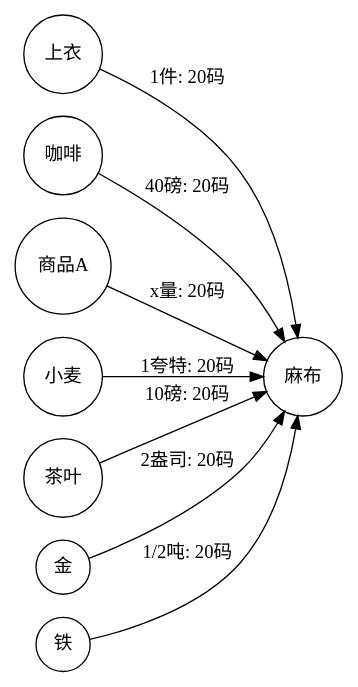
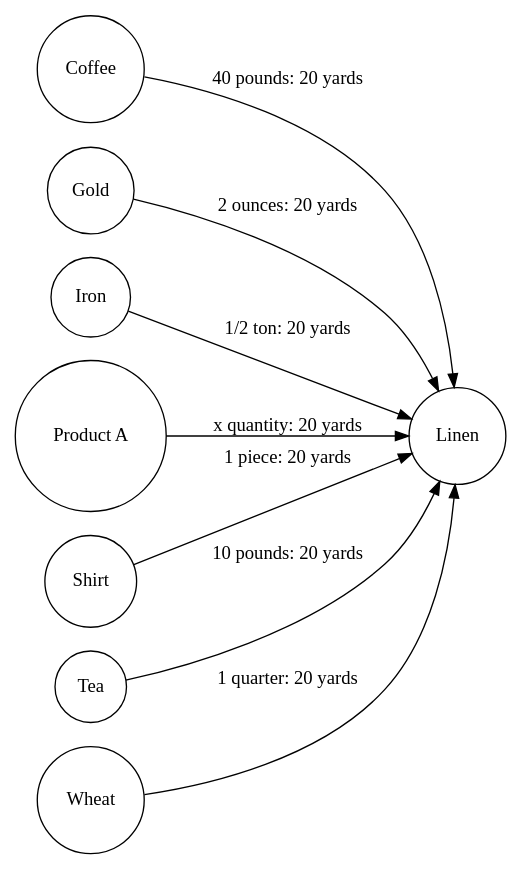
Before and after one commit to Wangsutan/Kapital: the diagram in 资本的生产过程/价值形式理论/价值形式/graphs_generated/general.dot, drawn with Graphviz. The commit also changed 82 other files, not shown here.

```diff
--- a/资本的生产过程/价值形式理论/价值形式/graphs_generated/general.dot
+++ b/资本的生产过程/价值形式理论/价值形式/graphs_generated/general.dot
@@ -1,11 +1,11 @@
 digraph 价值形式理论 {
     rankdir=LR;
     node [shape=circle];
-    "上衣" -> "麻布" [label="1件: 20码"];
-    "咖啡" -> "麻布" [label="40磅: 20码"];
-    "商品A" -> "麻布" [label="x量: 20码"];
-    "小麦" -> "麻布" [label="1夸特: 20码"];
-    "茶叶" -> "麻布" [label="10磅: 20码"];
-    "金" -> "麻布" [label="2盎司: 20码"];
-    "铁" -> "麻布" [label="1/2吨: 20码"];
+    "Coffee" -> "Linen" [label="40 pounds: 20 yards"];
+    "Gold" -> "Linen" [label="2 ounces: 20 yards"];
+    "Iron" -> "Linen" [label="1/2 ton: 20 yards"];
+    "Product A" -> "Linen" [label="x quantity: 20 yards"];
+    "Shirt" -> "Linen" [label="1 piece: 20 yards"];
+    "Tea" -> "Linen" [label="10 pounds: 20 yards"];
+    "Wheat" -> "Linen" [label="1 quarter: 20 yards"];
 }
```
